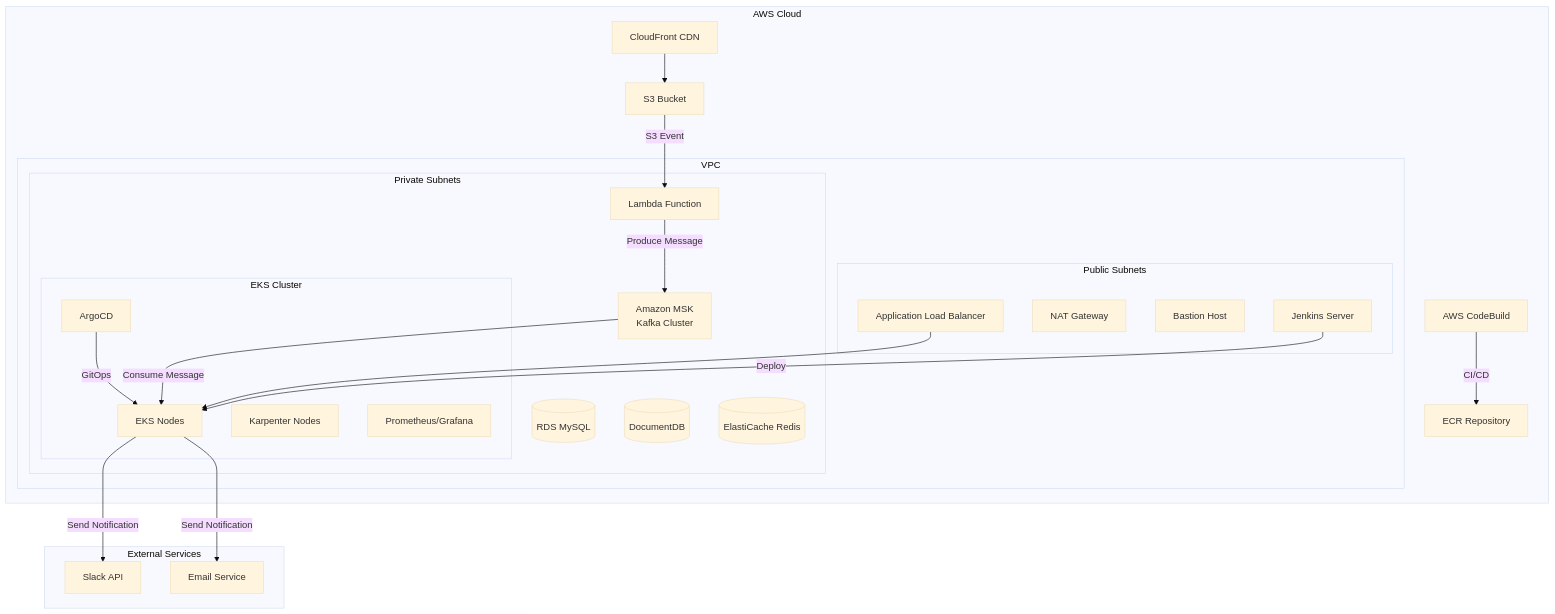
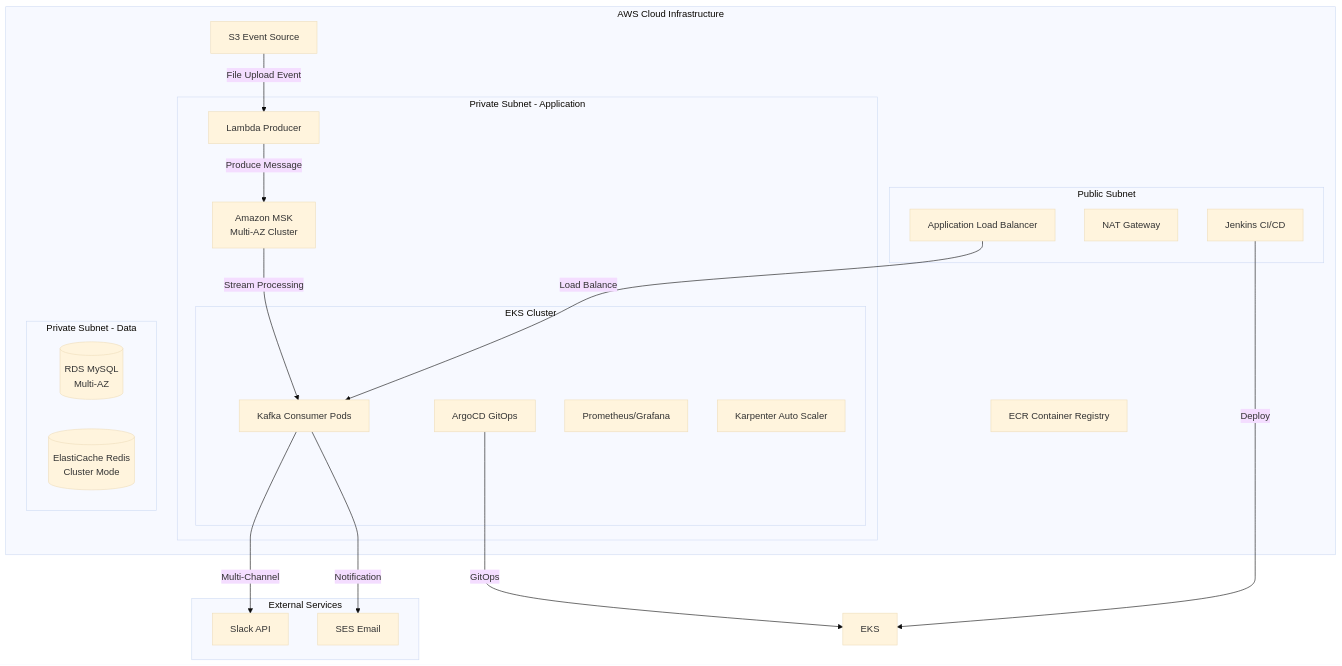
Before and after one commit to simu88/fanda-read: the diagram in README.md, drawn with Mermaid (base theme). The commit also changed other lines of this file, not shown here.

````diff
--- a/README.md
+++ b/README.md
@@ -24,51 +105,45 @@
 ```mermaid
 graph TB
-    subgraph "AWS Cloud"
-        subgraph "VPC"
-            subgraph "Public Subnets"
-                ALB[Application Load Balancer]
-                NAT[NAT Gateway]
-                Bastion[Bastion Host]
-                Jenkins[Jenkins Server]
+    subgraph "AWS Cloud Infrastructure"
+        subgraph "Public Subnet"
+            ALB[Application Load Balancer]
+            NAT[NAT Gateway]
+            Jenkins[Jenkins CI/CD]
+        end
+        
+        subgraph "Private Subnet - Application"
+            subgraph "EKS Cluster"
+                Consumer[Kafka Consumer Pods]
+                ArgoCD[ArgoCD GitOps]
+                Monitoring[Prometheus/Grafana]
+                Karpenter[Karpenter Auto Scaler]
             end
             
-            subgraph "Private Subnets"
-                subgraph "EKS Cluster"
-                    EKS[EKS Nodes]
-                    Karpenter[Karpenter Nodes]
-                    ArgoCD[ArgoCD]
-                    Monitoring[Prometheus/Grafana]
-                end
-                
-                MSK[Amazon MSK<br/>Kafka Cluster]
-                RDS[(RDS MySQL)]
-                DocDB[(DocumentDB)]
-                ElastiCache[(ElastiCache Redis)]
-                Lambda[Lambda Function]
-            end
+            MSK[Amazon MSK<br/>Multi-AZ Cluster]
+            Lambda[Lambda Producer]
         end
         
-        S3[S3 Bucket]
-        ECR[ECR Repository]
-        CloudFront[CloudFront CDN]
-        CodeBuild[AWS CodeBuild]
+        subgraph "Private Subnet - Data"
+            RDS[(RDS MySQL<br/>Multi-AZ)]
+            Redis[(ElastiCache Redis<br/>Cluster Mode)]
+        end
+        
+        S3[S3 Event Source]
+        ECR[ECR Container Registry]
     end
     
     subgraph "External Services"
         Slack[Slack API]
-        Email[Email Service]
+        Email[SES Email]
     end
     
-    S3 -->|S3 Event| Lambda
+    S3 -->|File Upload Event| Lambda
     Lambda -->|Produce Message| MSK
-    MSK -->|Consume Message| EKS
-    EKS -->|Send Notification| Slack
-    EKS -->|Send Notification| Email
+    MSK -->|Stream Processing| Consumer
+    Consumer -->|Multi-Channel| Slack
+    Consumer -->|Notification| Email
     
     Jenkins -->|Deploy| EKS
-    CodeBuild -->|CI/CD| ECR
     ArgoCD -->|GitOps| EKS
-    
-    ALB --> EKS
-    CloudFront --> S3
+    ALB -->|Load Balance| Consumer
 ```
````
